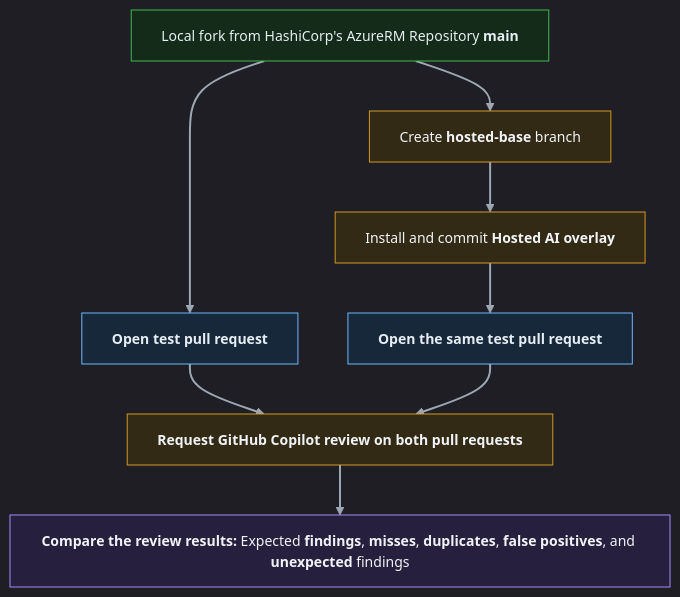
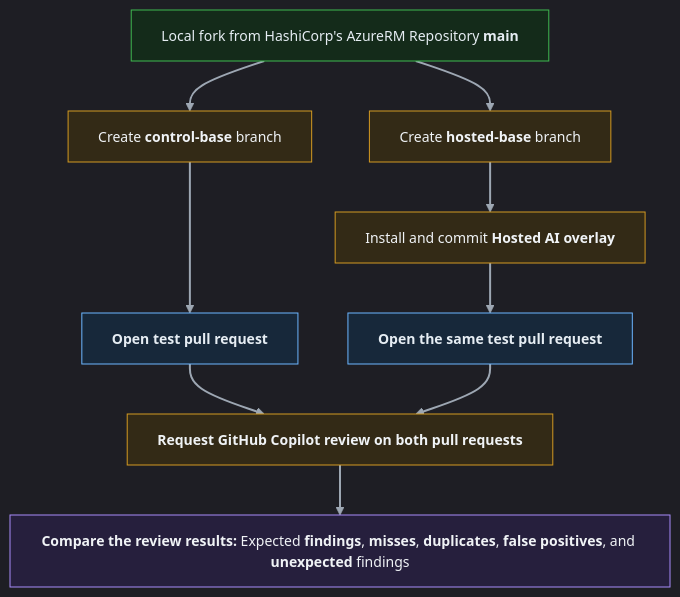
The diagram in hosted_copilot/docs/HOSTED_COPILOT_CODE_REVIEW_IMPLEMENTATION.md (WodansSon/terraform-azurerm-ai-assisted-development), drawn with Mermaid before and after one commit. The commit also changed other lines of this file and 1 other file, not shown here.

Commit message:
Restore paired Phase Four base branches

````diff
--- a/hosted_copilot/docs/HOSTED_COPILOT_CODE_REVIEW_IMPLEMENTATION.md
+++ b/hosted_copilot/docs/HOSTED_COPILOT_CODE_REVIEW_IMPLEMENTATION.md
@@ -217,34 +217,36 @@
 ```mermaid
 %%{init: {"theme":"dark","themeVariables":{"fontFamily":"Segoe UI, Arial, sans-serif","fontSize":"14px","background":"#111418","primaryTextColor":"#e6edf3","lineColor":"#9da7b3"},"flowchart":{"htmlLabels":true,"wrappingWidth":600}}}%%
 flowchart TB
   main["Local fork from HashiCorp's AzureRM Repository <b>main</b>"]
+  controlBase["Create <b>control-base</b> branch"]
   hostedBase["Create <b>hosted-base</b> branch"]
   installOverlay["Install and commit <b>Hosted AI overlay</b>"]
   controlPr["<b>Open test pull request</b>"]
   hostedPr["<b>Open the same test pull request</b>"]
   review["<b>Request GitHub Copilot review on both pull requests</b>"]
   compare["<b>Compare the review results:</b> Expected <b>findings</b>, <b>misses</b>, <b>duplicates</b>, <b>false positives</b>, and <b>unexpected</b> findings"]
 
-  main --> controlPr
+  main --> controlBase
   main --> hostedBase
+  controlBase ---> controlPr
   hostedBase --> installOverlay
   installOverlay --> hostedPr
   controlPr --> review
   hostedPr --> review
   review --> compare
 
   classDef source fill:#142b1a,stroke:#3fb950,stroke-width:1px,color:#e6edf3
   classDef prerequisite fill:#332a16,stroke:#d29922,stroke-width:1px,color:#f0f3f6
   classDef control fill:#17283a,stroke:#6cb6ff,stroke-width:1px,color:#e6edf3
   classDef hosted fill:#17283a,stroke:#6cb6ff,stroke-width:1px,color:#e6edf3
   classDef action fill:#332a16,stroke:#d29922,stroke-width:1px,color:#f0f3f6
   classDef result fill:#261f3d,stroke:#a78bfa,stroke-width:1px,color:#f0f3f6
 
   class main source
-  class hostedBase,installOverlay prerequisite
+  class controlBase,hostedBase,installOverlay prerequisite
   class controlPr control
   class hostedPr hosted
   class review action
   class compare result
   linkStyle default stroke:#9da7b3,stroke-width:2px
 ```
````
